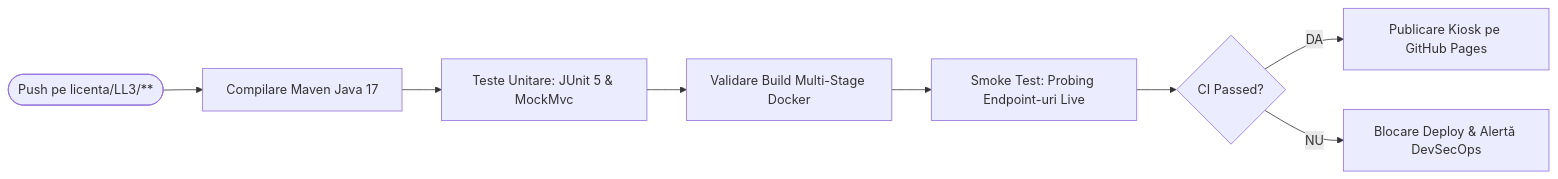
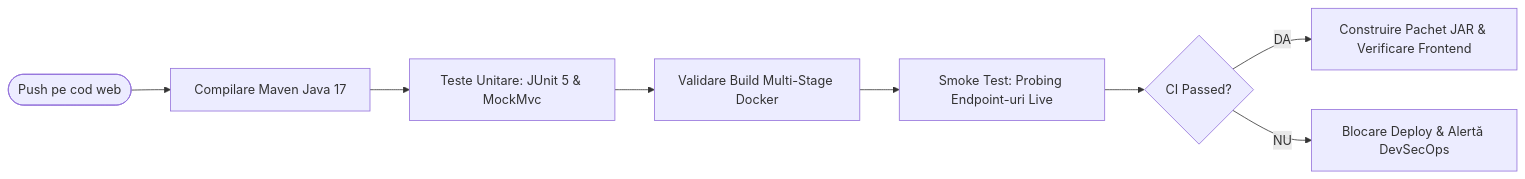
One commit to stefanutc1/university changed the fourth of 4 diagrams in LucrareLicenta/code/web/README.md. Above: the diagram before and after it, drawn with Mermaid. The commit also changed other lines of this file and 6 other files, not shown here.

Commit message:
chore(ci): remove GitHub Pages deployment workflow and update documentation

````diff
--- a/LucrareLicenta/code/web/README.md
+++ b/LucrareLicenta/code/web/README.md
@@ -439,10 +439,10 @@
 ```mermaid
 flowchart LR
-    GIT_EVENT([Push pe licenta/LL3/**]) --> MAVEN_BUILD[Compilare Maven Java 17]
+    GIT_EVENT([Push pe cod web]) --> MAVEN_BUILD[Compilare Maven Java 17]
     MAVEN_BUILD --> JUNIT_TESTS[Teste Unitare: JUnit 5 & MockMvc]
     JUNIT_TESTS --> DOCKER_BUILD[Validare Build Multi-Stage Docker]
     DOCKER_BUILD --> SMOKE_TEST[Smoke Test: Probing Endpoint-uri Live]
     SMOKE_TEST --> CI_SUCCESS{CI Passed?}
-    CI_SUCCESS -- DA --> DEPLOY_PAGES[Publicare Kiosk pe GitHub Pages]
+    CI_SUCCESS -- DA --> ARTIFACT_BUILD[Construire Pachet JAR & Verificare Frontend]
     CI_SUCCESS -- NU --> BLOCK[Blocare Deploy & Alertă DevSecOps]
 ```
````
